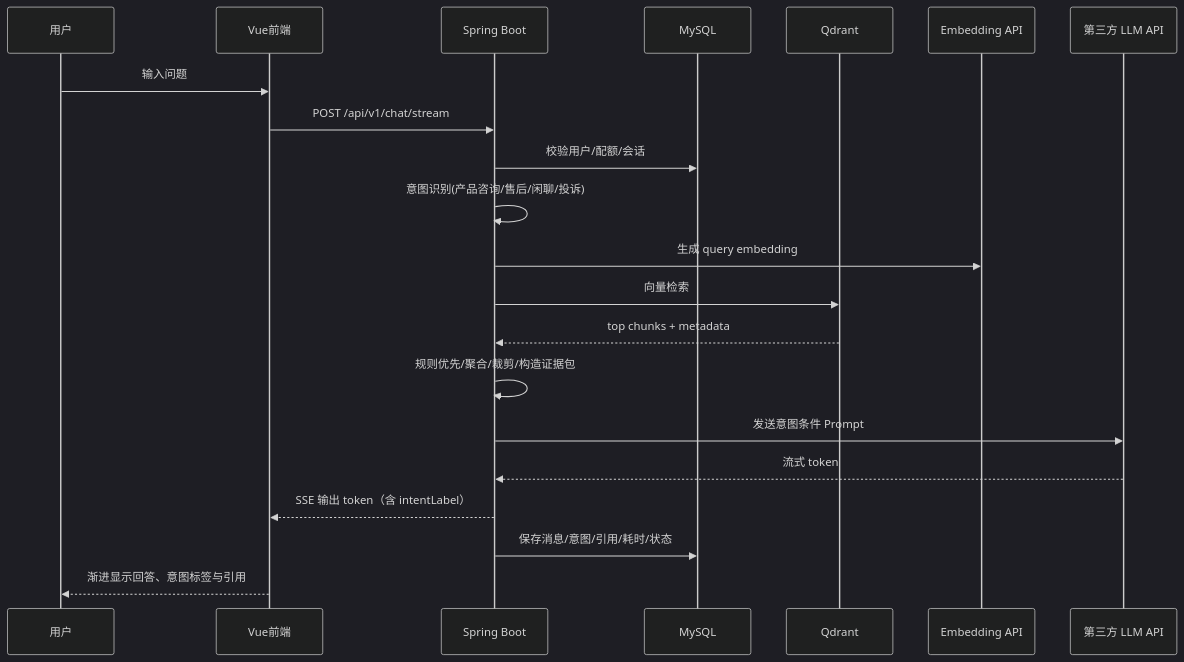
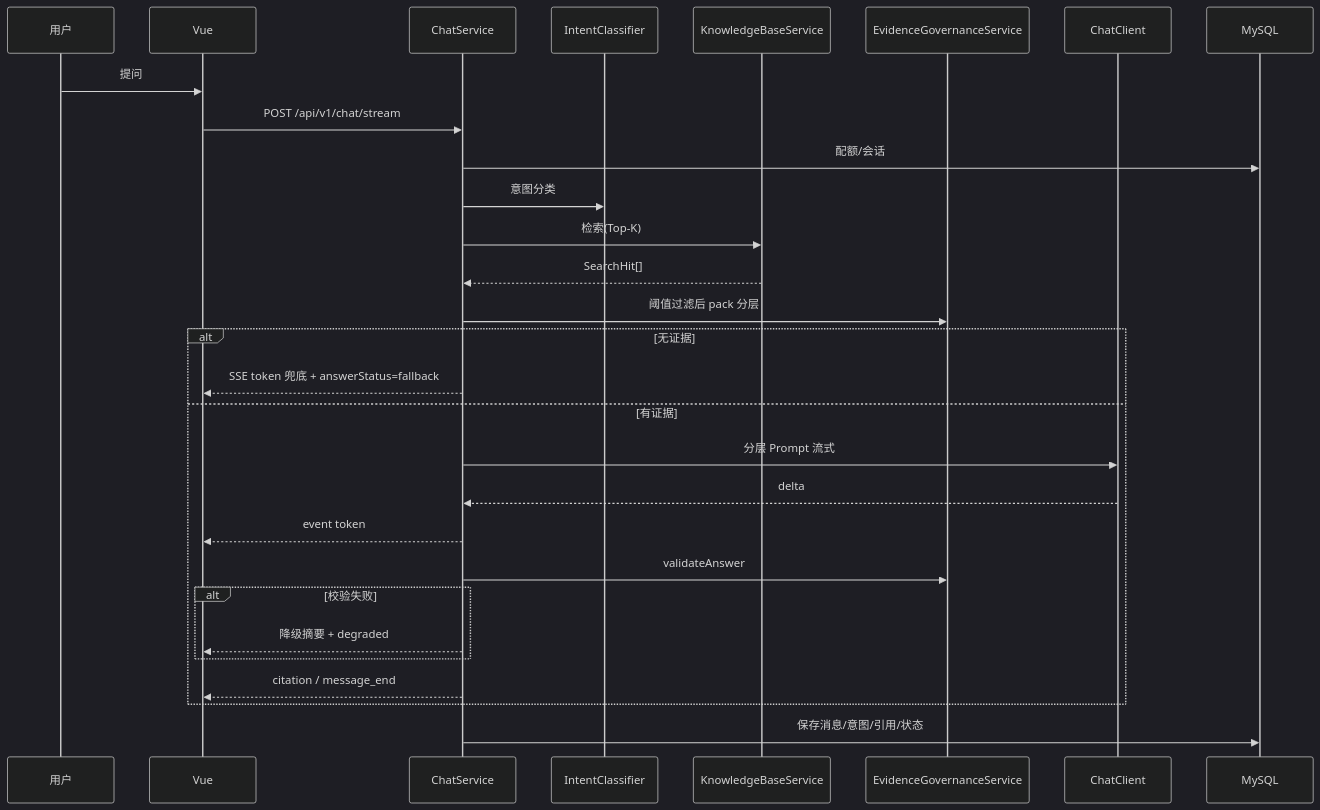
One commit to farhub-wq/AI- changed the second of 3 diagrams in docs/AI架构设计.md. Above: the diagram before and after it, drawn with Mermaid (dark theme). The commit also changed other lines of this file and 5 other files, not shown here.

````diff
--- a/docs/AI架构设计.md
+++ b/docs/AI架构设计.md
@@ -77,24 +58,32 @@
 ```mermaid
 sequenceDiagram
     participant U as 用户
-    participant FE as Vue前端
-    participant API as Spring Boot
+    participant FE as Vue
+    participant API as ChatService
+    participant IC as IntentClassifier
+    participant KB as KnowledgeBaseService
+    participant EG as EvidenceGovernanceService
+    participant LLM as ChatClient
     participant DB as MySQL
-    participant VDB as Qdrant
-    participant EMB as Embedding API
-    participant LLM as 第三方 LLM API
 
-    U->>FE: 输入问题
+    U->>FE: 提问
     FE->>API: POST /api/v1/chat/stream
-    API->>DB: 校验用户/配额/会话
-    API->>API: 意图识别(产品咨询/售后/闲聊/投诉)
-    API->>EMB: 生成 query embedding
-    API->>VDB: 向量检索
-    VDB-->>API: top chunks + metadata
-    API->>API: 规则优先/聚合/裁剪/构造证据包
-    API->>LLM: 发送意图条件 Prompt
-    LLM-->>API: 流式 token
-    API-->>FE: SSE 输出 token（含 intentLabel）
-    API->>DB: 保存消息/意图/引用/耗时/状态
-    FE-->>U: 渐进显示回答、意图标签与引用
+    API->>DB: 配额/会话
+    API->>IC: 意图分类
+    API->>KB: 检索(Top-K)
+    KB-->>API: SearchHit[]
+    API->>EG: 阈值过滤后 pack 分层
+    alt 无证据
+        API-->>FE: SSE token 兜底 + answerStatus=fallback
+    else 有证据
+        API->>LLM: 分层 Prompt 流式
+        LLM-->>API: delta
+        API-->>FE: event token
+        API->>EG: validateAnswer
+        alt 校验失败
+            API-->>FE: 降级摘要 + degraded
+        end
+        API-->>FE: citation / message_end
+    end
+    API->>DB: 保存消息/意图/引用/状态
 ```
````
